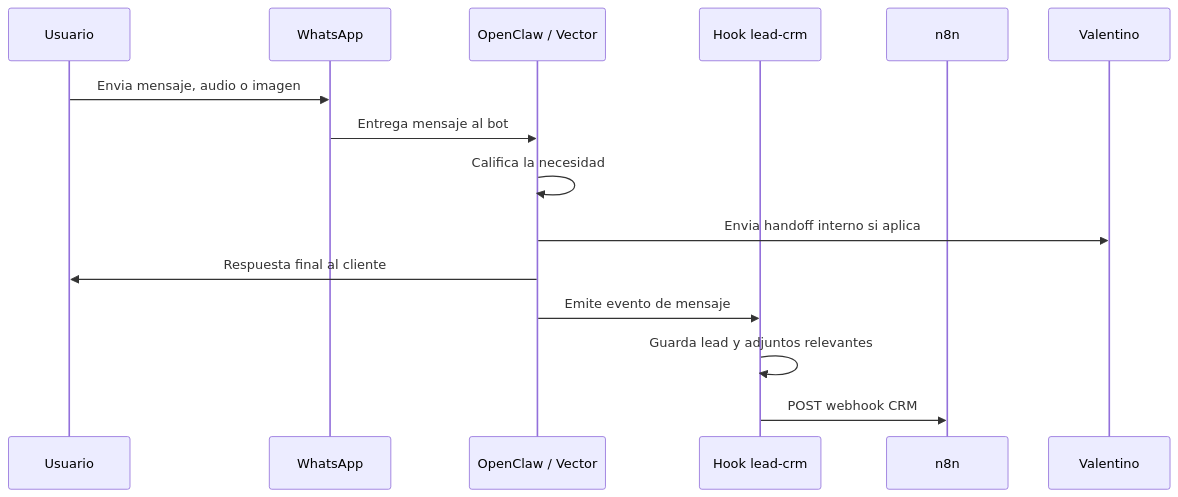
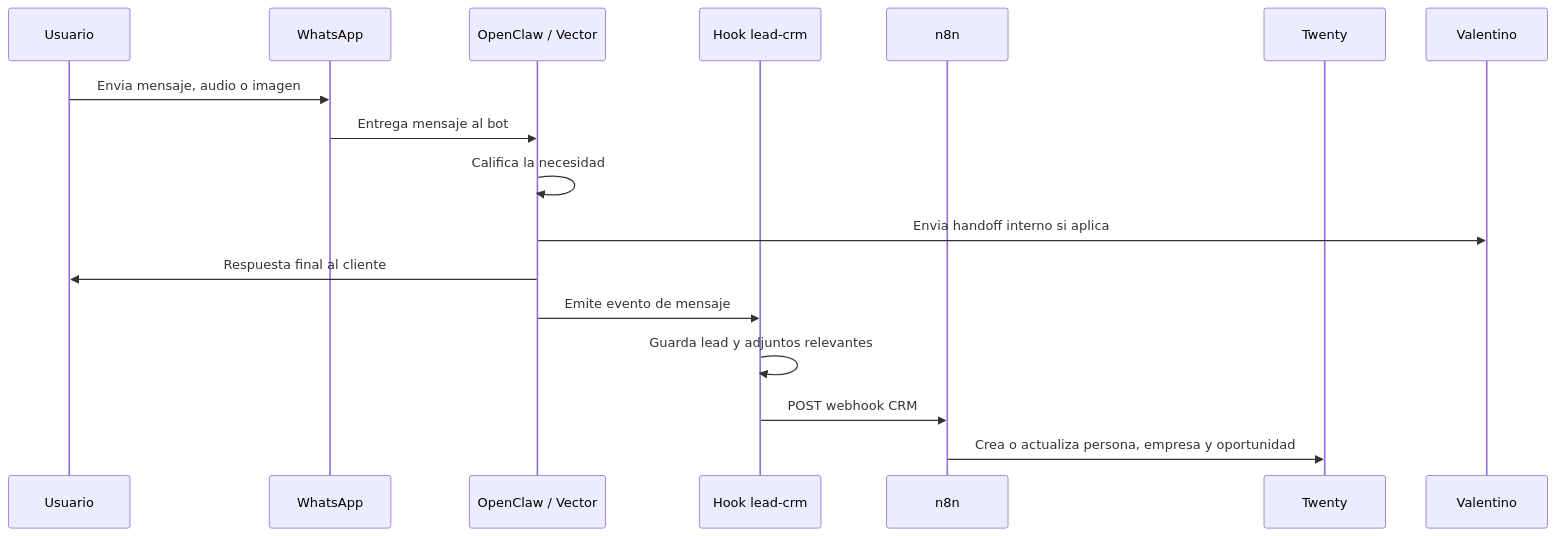
One commit to galfredev/vector-galfredev-bot changed the diagram in docs/ARCHITECTURE.md. Above: the diagram before and after it, drawn with Mermaid. The commit also changed other lines of this file and 26 other files, not shown here.

````diff
--- a/docs/ARCHITECTURE.md
+++ b/docs/ARCHITECTURE.md
@@ -66,18 +85,20 @@
 ```mermaid
 sequenceDiagram
   participant U as Usuario
   participant W as WhatsApp
   participant O as OpenClaw / Vector
   participant H as Hook lead-crm
   participant N as n8n
+  participant T as Twenty
   participant V as Valentino
 
   U->>W: Envia mensaje, audio o imagen
   W->>O: Entrega mensaje al bot
   O->>O: Califica la necesidad
   O->>V: Envia handoff interno si aplica
   O->>U: Respuesta final al cliente
   O->>H: Emite evento de mensaje
   H->>H: Guarda lead y adjuntos relevantes
   H->>N: POST webhook CRM
+  N->>T: Crea o actualiza persona, empresa y oportunidad
 ```
````
